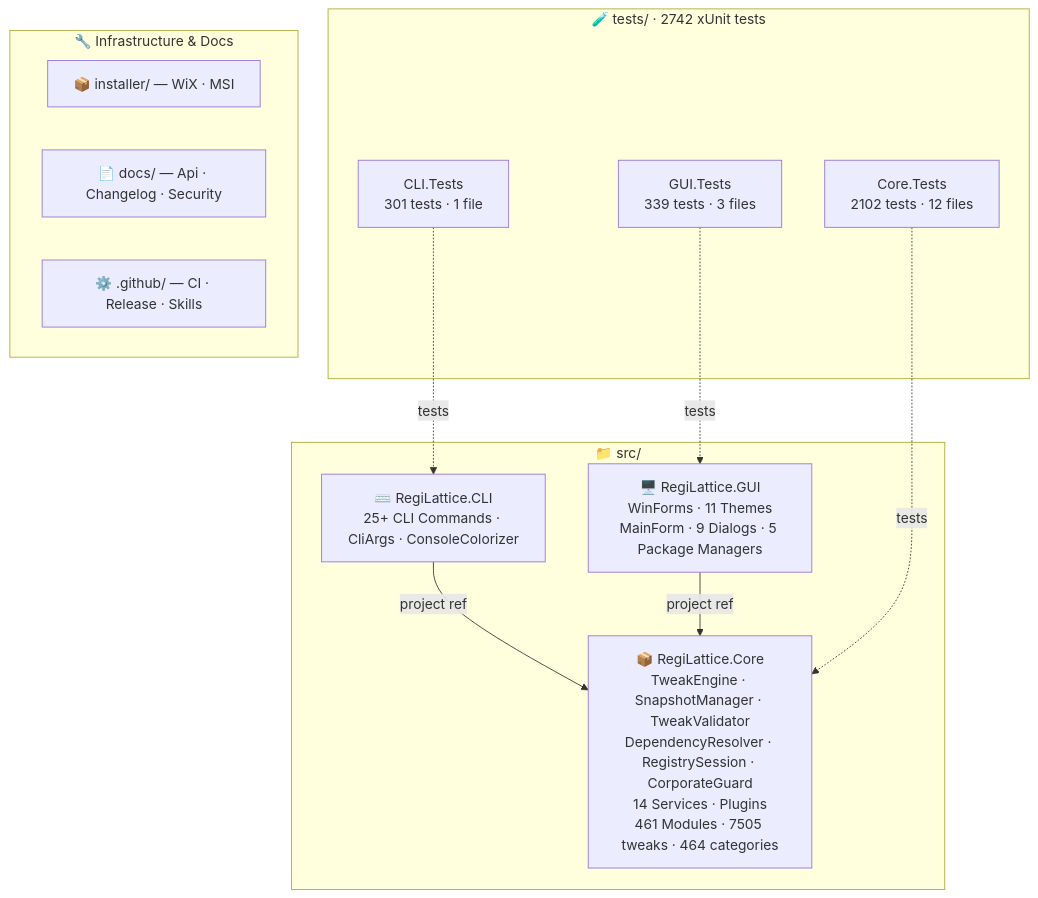
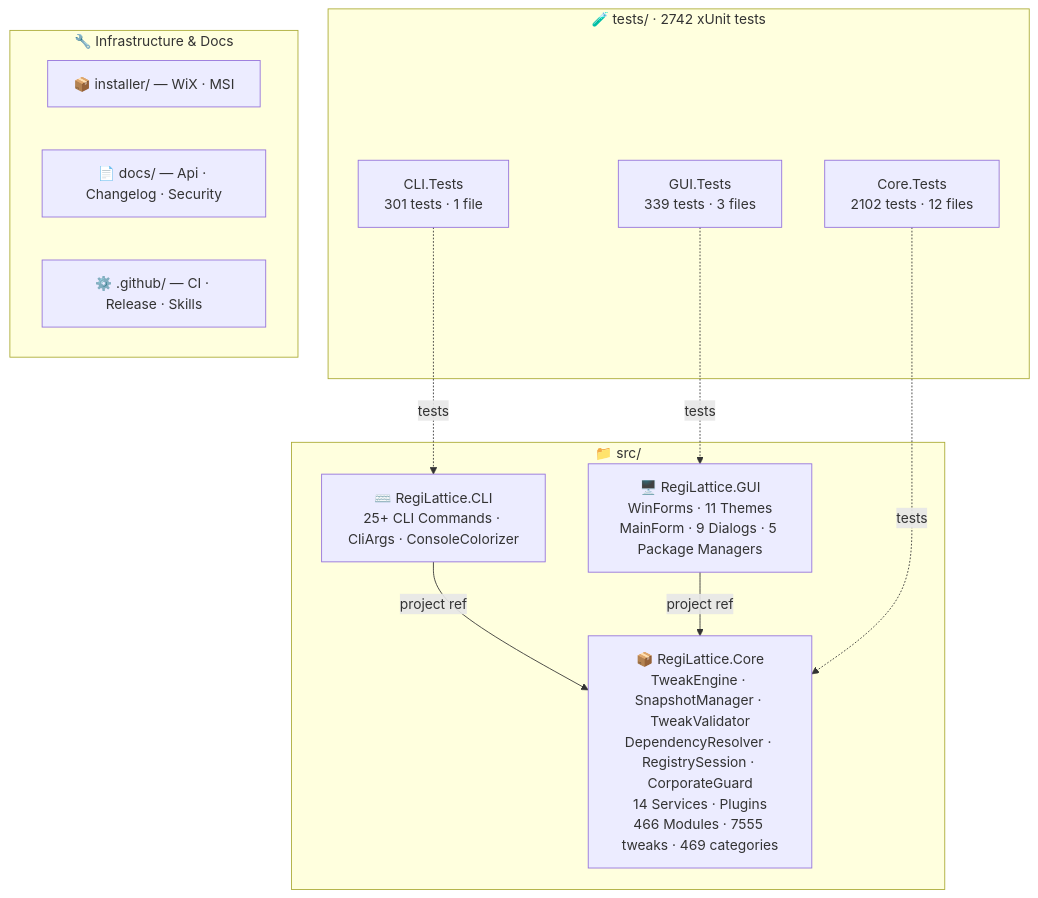
The second of 2 diagrams in README.md (RajwanYair/RegiLattice), drawn with Mermaid before and after one commit. The commit also changed other lines of this file and 13 other files, not shown here.

````diff
--- a/README.md
+++ b/README.md
@@ -255,26 +255,26 @@
 ```mermaid
 graph TD
     subgraph SRC["📁 src/"]
-        CORE["📦 RegiLattice.Core<br/>TweakEngine · SnapshotManager · TweakValidator<br/>DependencyResolver · RegistrySession · CorporateGuard<br/>14 Services · Plugins<br/>461 Modules · 7505 tweaks · 464 categories"]
+        CORE["📦 RegiLattice.Core<br/>TweakEngine · SnapshotManager · TweakValidator<br/>DependencyResolver · RegistrySession · CorporateGuard<br/>14 Services · Plugins<br/>466 Modules · 7555 tweaks · 469 categories"]
         GUI["🖥️ RegiLattice.GUI<br/>WinForms · 11 Themes<br/>MainForm · 9 Dialogs · 5 Package Managers"]
         CLI["⌨️ RegiLattice.CLI<br/>25+ CLI Commands · CliArgs · ConsoleColorizer"]
     end
 
     subgraph TST["🧪 tests/  ·  2742 xUnit tests"]
         CT["Core.Tests<br/>2102 tests · 12 files"]
         CLT["CLI.Tests<br/>301 tests · 1 file"]
         GT["GUI.Tests<br/>339 tests · 3 files"]
     end
 
     subgraph INFRA["🔧 Infrastructure & Docs"]
         INST["📦 installer/ — WiX · MSI"]
         DOCS["📄 docs/ — Api · Changelog · Security"]
         GH["⚙️ .github/ — CI · Release · Skills"]
     end
 
     CLI -->|project ref| CORE
     GUI -->|project ref| CORE
     CT -.->|tests| CORE
     CLT -.->|tests| CLI
     GT -.->|tests| GUI
 ```
````
